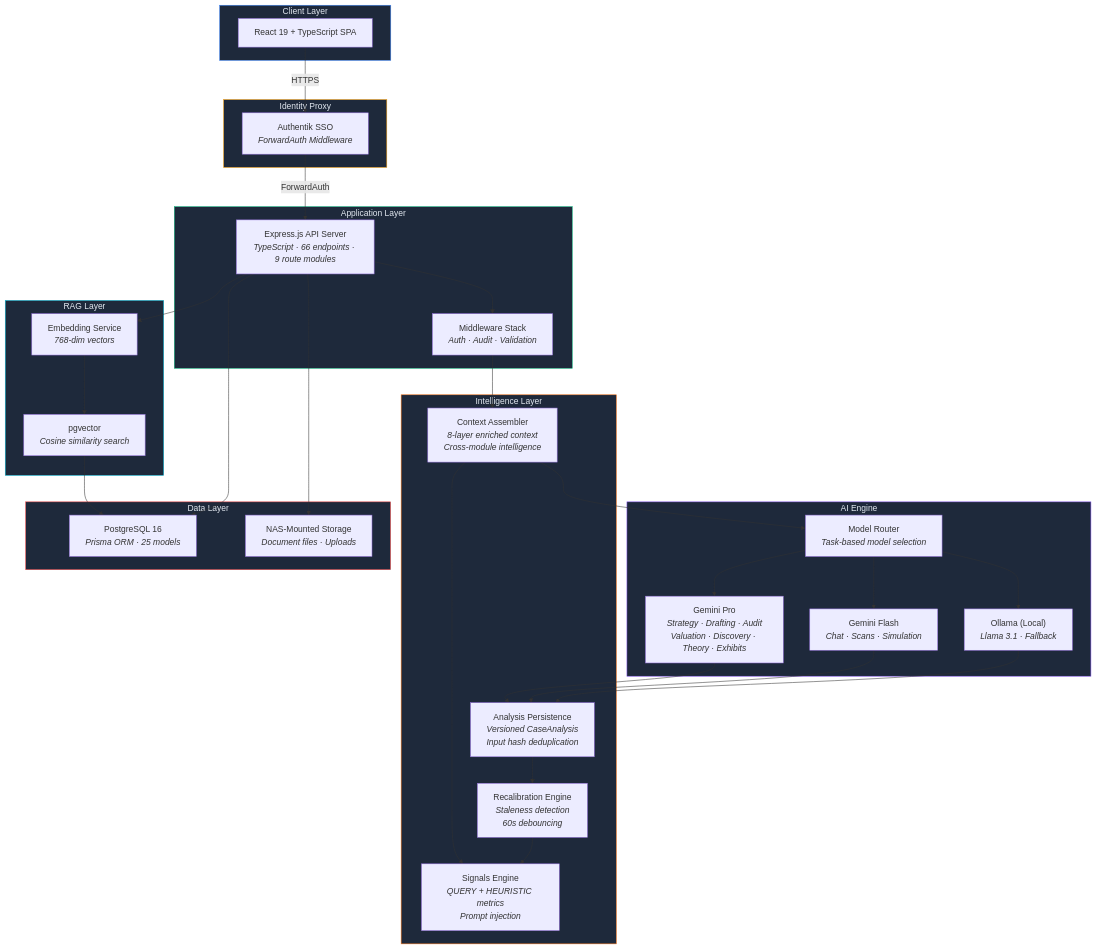
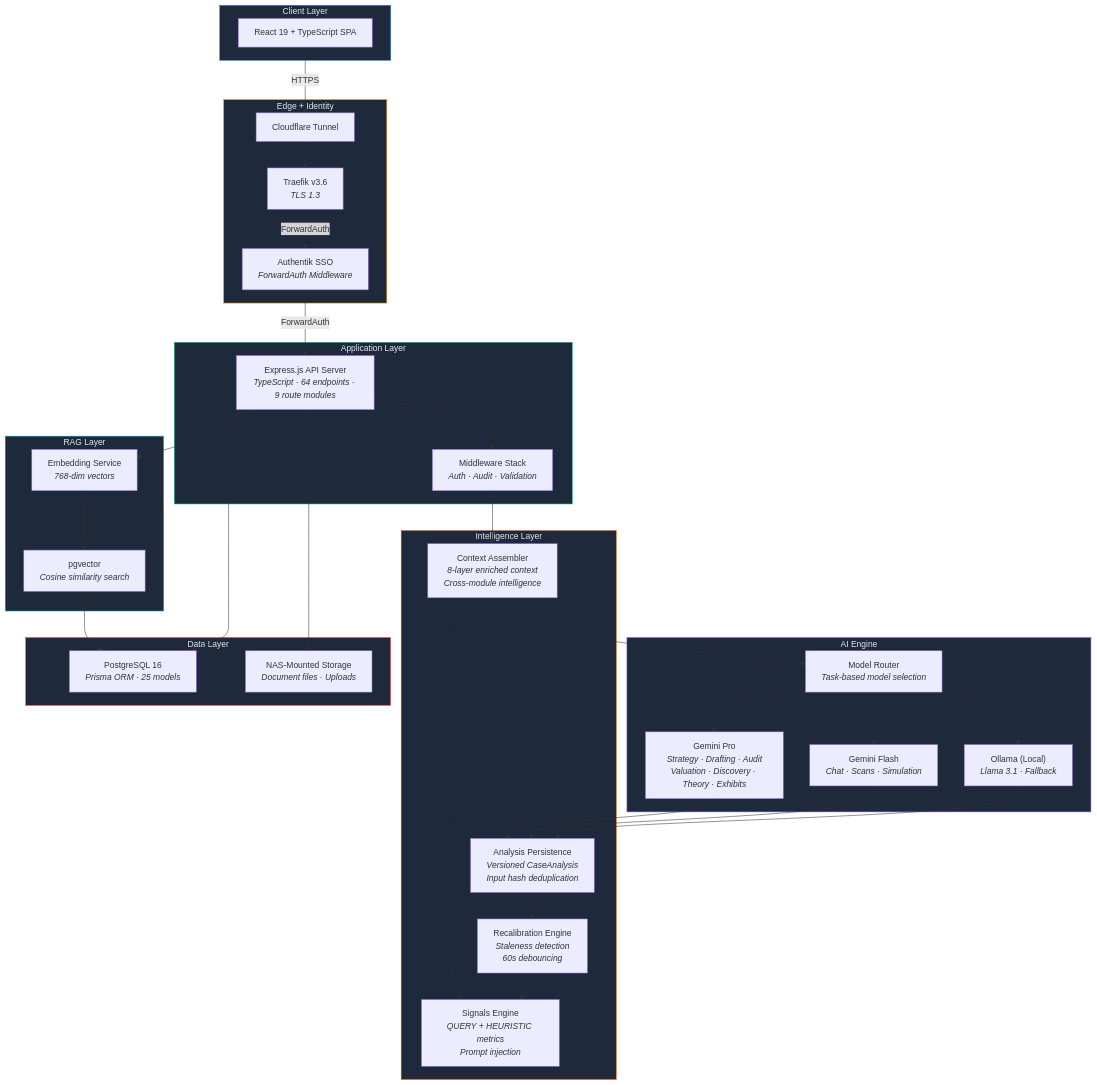
Before and after one commit to EolaFam1828/AetherLegalIntelligence: the first of 12 diagrams in ARCHITECTURE.md, drawn with Mermaid. The commit also changed other lines of this file and 3 other files, not shown here.

Commit message:
Fix endpoint count (66→64 route modules + 2 health), add edge proxy to architecture diagram, split simulator bullet to match 21-module count

````diff
--- a/ARCHITECTURE.md
+++ b/ARCHITECTURE.md
@@ -42,60 +42,64 @@
 ```mermaid
 flowchart TB
     subgraph CLIENT["Client Layer"]
         UI["React 19 + TypeScript SPA"]
     end
 
-    subgraph EDGE["Identity Proxy"]
+    subgraph EDGE["Edge + Identity"]
+        CF["Cloudflare Tunnel"]
+        TR["Traefik v3.6<br/><i>TLS 1.3</i>"]
         AK["Authentik SSO<br/><i>ForwardAuth Middleware</i>"]
     end
 
     subgraph API["Application Layer"]
-        EX["Express.js API Server<br/><i>TypeScript · 66 endpoints · 9 route modules</i>"]
+        EX["Express.js API Server<br/><i>TypeScript · 64 endpoints · 9 route modules</i>"]
         MW["Middleware Stack<br/><i>Auth · Audit · Validation</i>"]
     end
 
     subgraph AI["AI Engine"]
         RT["Model Router<br/><i>Task-based model selection</i>"]
         G3P["Gemini Pro<br/><i>Strategy · Drafting · Audit<br/>Valuation · Discovery · Theory · Exhibits</i>"]
         G3F["Gemini Flash<br/><i>Chat · Scans · Simulation</i>"]
         OL["Ollama (Local)<br/><i>Llama 3.1 · Fallback</i>"]
     end
 
     subgraph INTEL["Intelligence Layer"]
         CTX["Context Assembler<br/><i>8-layer enriched context<br/>Cross-module intelligence</i>"]
         SIG["Signals Engine<br/><i>QUERY + HEURISTIC metrics<br/>Prompt injection</i>"]
         PERSIST["Analysis Persistence<br/><i>Versioned CaseAnalysis<br/>Input hash deduplication</i>"]
         RECAL["Recalibration Engine<br/><i>Staleness detection<br/>60s debouncing</i>"]
     end
 
     subgraph VECTOR["RAG Layer"]
         EMB["Embedding Service<br/><i>768-dim vectors</i>"]
         PGV["pgvector<br/><i>Cosine similarity search</i>"]
     end
 
     subgraph DATA["Data Layer"]
         PG["PostgreSQL 16<br/><i>Prisma ORM · 25 models</i>"]
         FS["NAS-Mounted Storage<br/><i>Document files · Uploads</i>"]
     end
 
-    UI -->|HTTPS| AK
+    UI -->|HTTPS| CF
+    CF --> TR
+    TR -->|ForwardAuth| AK
     AK -->|ForwardAuth| EX
     EX --> MW --> CTX
     CTX --> SIG
     CTX --> RT
     RT --> G3P & G3F & OL
     G3P & G3F & OL --> PERSIST
     PERSIST --> RECAL
     EX --> EMB --> PGV
     PGV --> PG
     EX --> PG & FS
     RECAL --> SIG
 
     style CLIENT fill:#1e293b,stroke:#3b82f6,color:#e2e8f0
     style EDGE fill:#1e293b,stroke:#f59e0b,color:#e2e8f0
     style API fill:#1e293b,stroke:#10b981,color:#e2e8f0
     style AI fill:#1e293b,stroke:#8b5cf6,color:#e2e8f0
     style INTEL fill:#1e293b,stroke:#f97316,color:#e2e8f0
     style VECTOR fill:#1e293b,stroke:#06b6d4,color:#e2e8f0
     style DATA fill:#1e293b,stroke:#ef4444,color:#e2e8f0
 ```
````
